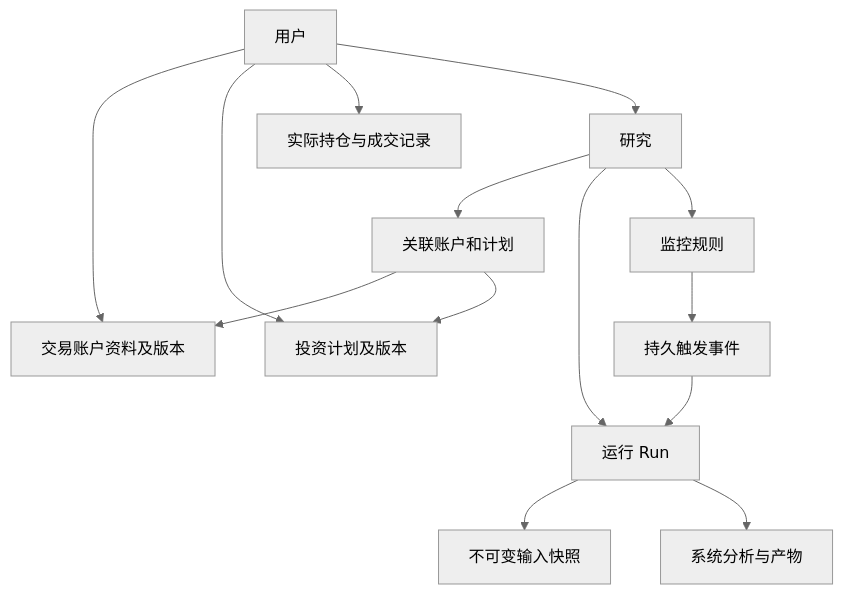
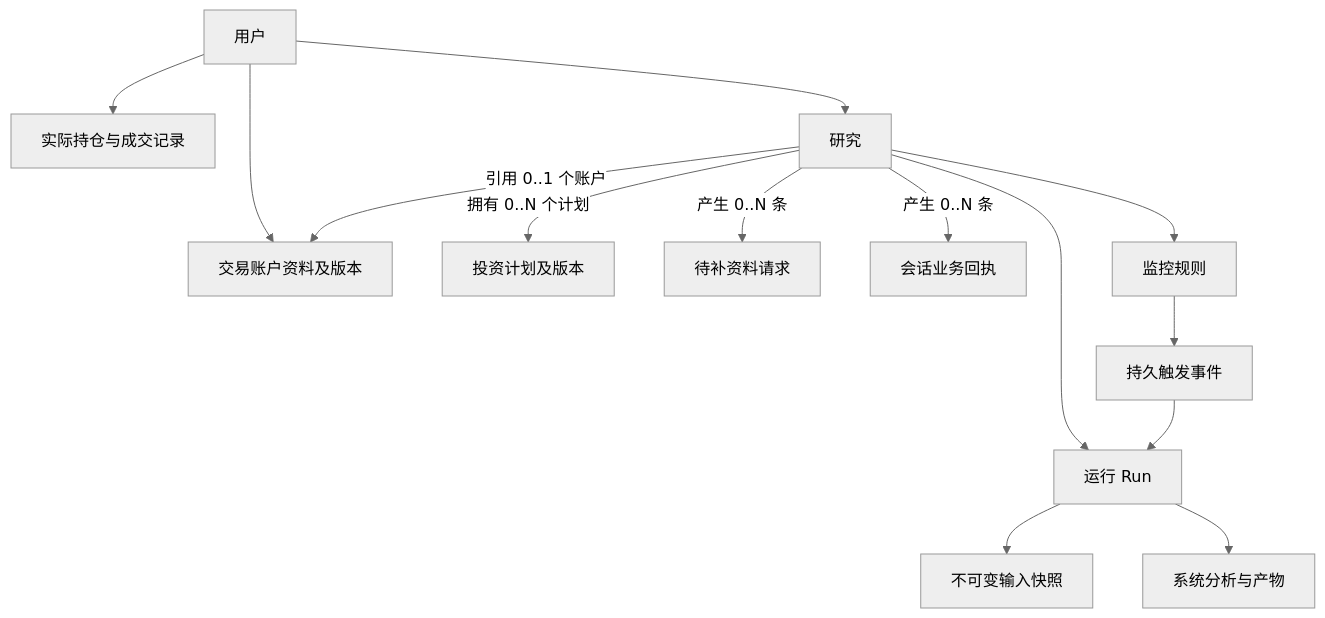
One commit to lilysohot/ai-Strategy_Research changed the diagram in docs/design/web-business-data-prd.md. Above: the diagram before and after it, drawn with Mermaid (neutral theme). The commit also changed other lines of this file and 19 other files, not shown here.

````diff
--- a/docs/design/web-business-data-prd.md
+++ b/docs/design/web-business-data-prd.md
@@ -62,16 +66,16 @@
 ```mermaid
 flowchart TD
     U[用户] --> A[交易账户资料及版本]
-    U --> P[投资计划及版本]
     U --> H[实际持仓与成交记录]
     U --> S[研究]
-    S --> B[关联账户和计划]
-    B --> A
-    B --> P
+    S -->|引用 0..1 个账户| A
+    S -->|拥有 0..N 个计划| P[投资计划及版本]
+    S -->|产生 0..N 条| Q[待补资料请求]
+    S -->|产生 0..N 条| B[会话业务回执]
     S --> R[运行 Run]
     R --> C[不可变输入快照]
     R --> O[系统分析与产物]
     S --> W[监控规则]
     W --> E[持久触发事件]
     E --> R
 ```
````
